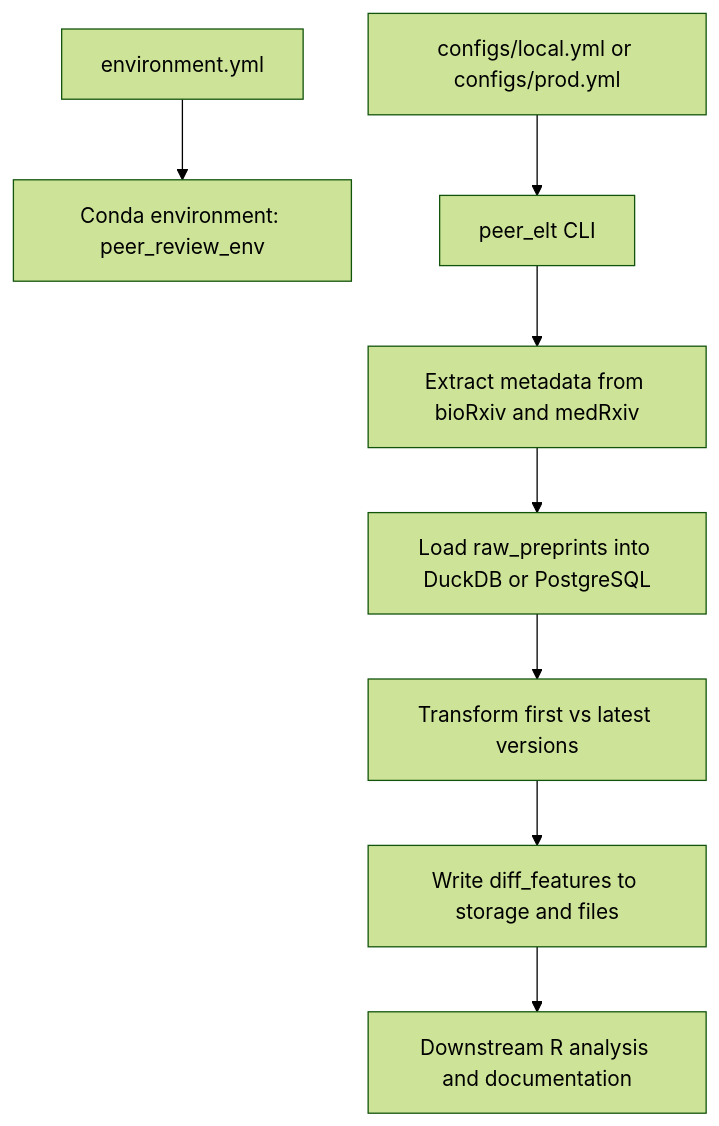
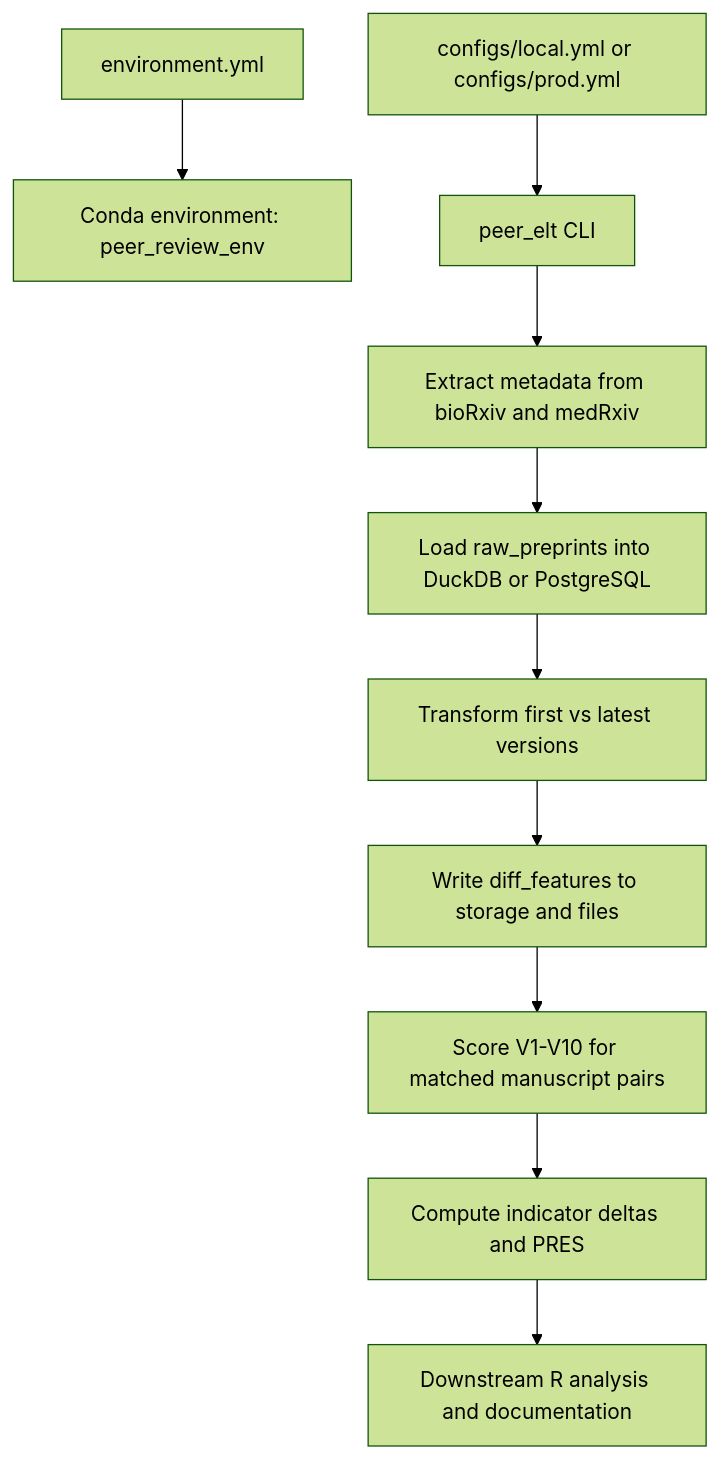
Before and after one commit to UofC-Research/peer-review: the diagram in README.md, drawn with Mermaid (forest theme). The commit also changed other lines of this file and 7 other files, not shown here.

````diff
--- a/README.md
+++ b/README.md
@@ -14,10 +14,12 @@
 ```mermaid
 flowchart TD
     A[environment.yml] --> B[Conda environment: peer_review_env]
     C[configs/local.yml or configs/prod.yml] --> D[peer_elt CLI]
     D --> E[Extract metadata from bioRxiv and medRxiv]
     E --> F[Load raw_preprints into DuckDB or PostgreSQL]
     F --> G[Transform first vs latest versions]
     G --> H[Write diff_features to storage and files]
-    H --> I[Downstream R analysis and documentation]
+    H --> I[Score V1-V10 for matched manuscript pairs]
+    I --> J[Compute indicator deltas and PRES]
+    J --> K[Downstream R analysis and documentation]
 ```
````
